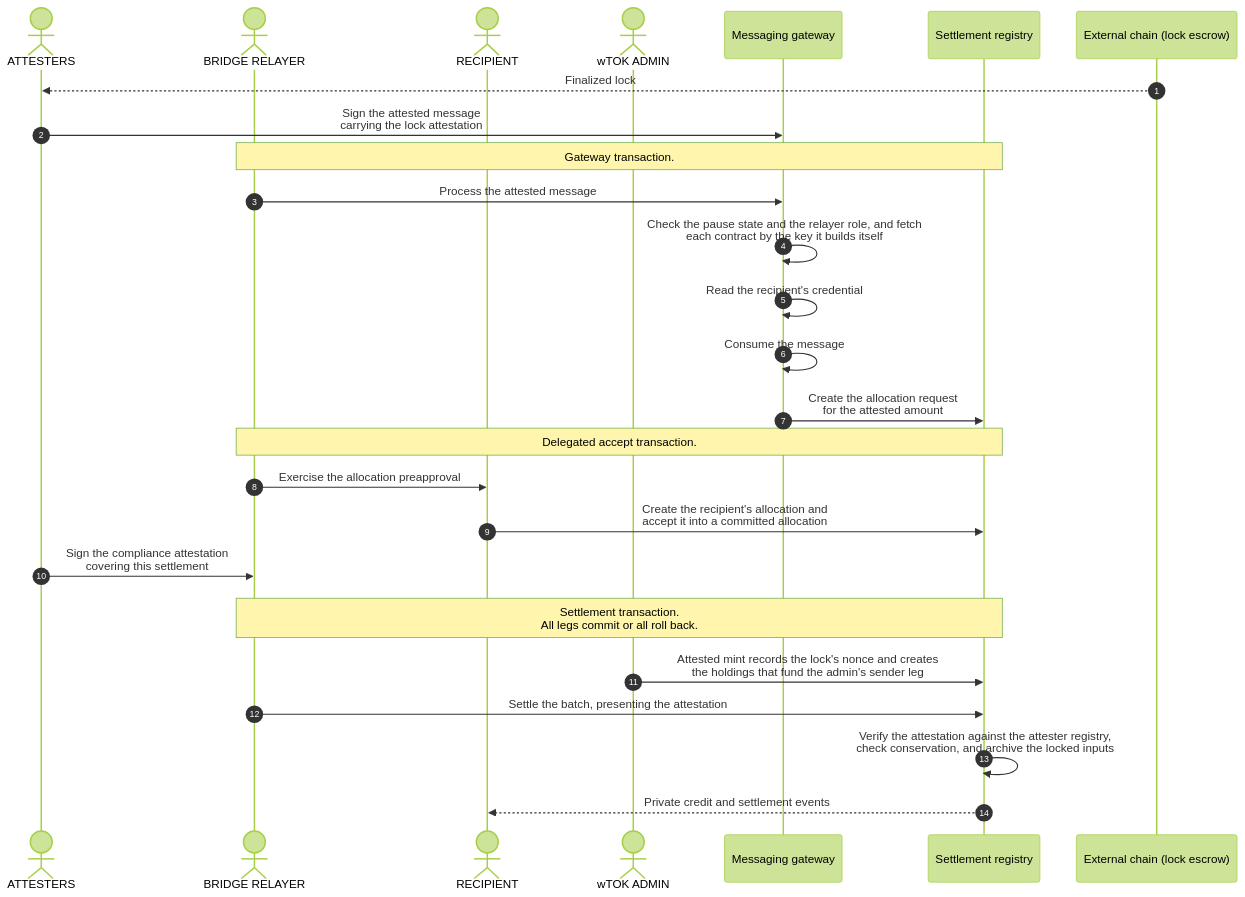
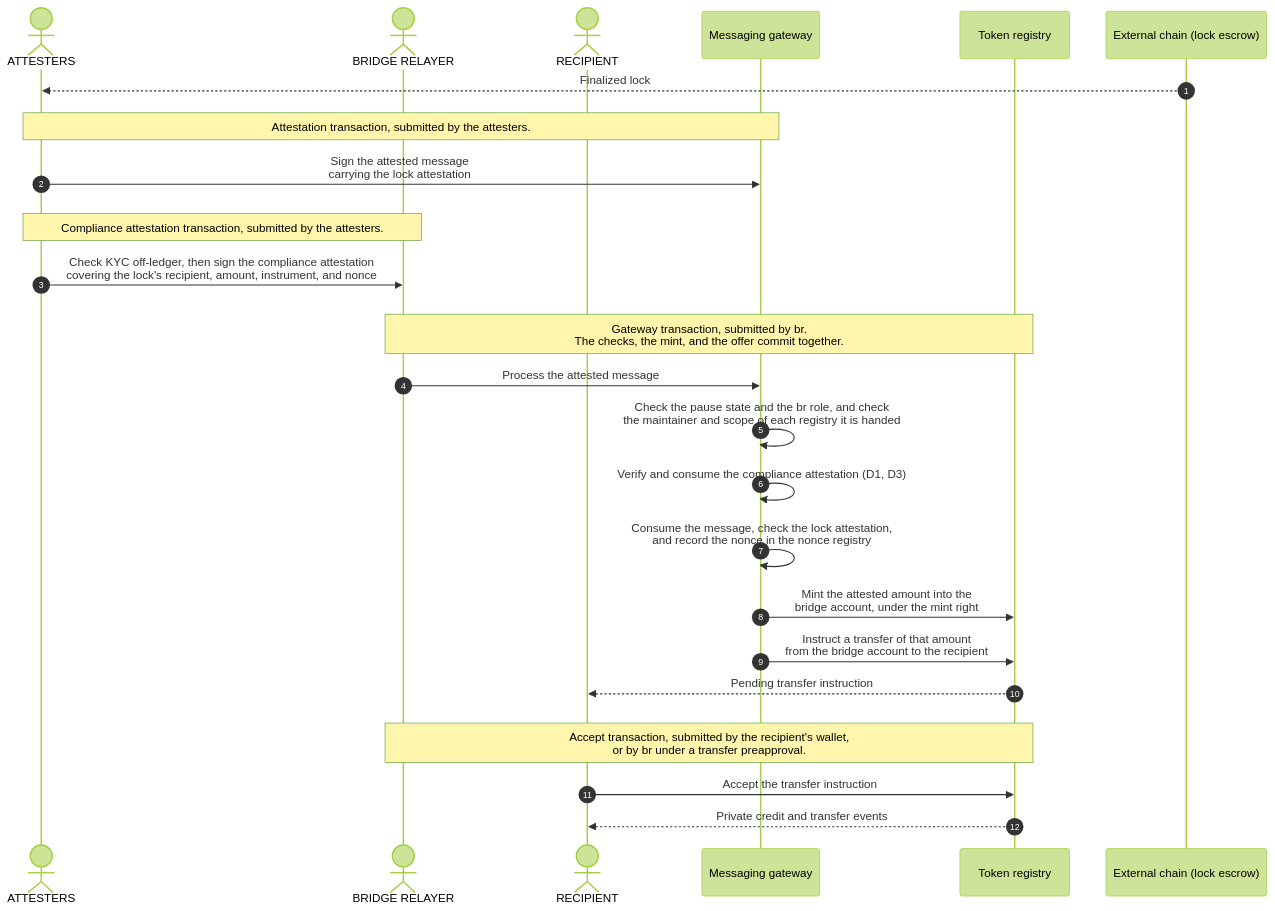
Before and after one commit to OpenZeppelin/canton-specs: the first of 3 diagrams in docs/reference-architectures/cross-chain-stablecoin.md, drawn with Mermaid (forest theme). The commit also changed other lines of this file and 39 other files, not shown here.

````diff
--- a/docs/reference-architectures/cross-chain-stablecoin.md
+++ b/docs/reference-architectures/cross-chain-stablecoin.md
@@ -311,31 +301,35 @@
 ```mermaid
 sequenceDiagram
     autonumber
     actor Attesters as ATTESTERS
     actor Relayer as BRIDGE RELAYER
     actor Recipient as RECIPIENT
-    actor Admin as wTOK ADMIN
     participant App as Messaging gateway
-    participant Registry as Settlement registry
+    participant Registry as Token registry
     participant Chain as External chain (lock escrow)
 
     Chain-->>Attesters: Finalized lock
-    Attesters->>App: Sign the attested message<br/>carrying the lock attestation
-    Note over Relayer,Registry: Gateway transaction.
-    Relayer->>App: Process the attested message
-    App->>App: Check the pause state and the relayer role, and fetch<br/>each contract by the key it builds itself
-    App->>App: Read the recipient's credential
-    App->>App: Consume the message
-    App->>Registry: Create the allocation request<br/>for the attested amount
-    Note over Relayer,Registry: Delegated accept transaction.
-    Relayer->>Recipient: Exercise the allocation preapproval
-    Recipient->>Registry: Create the recipient's allocation and<br/>accept it into a committed allocation
-    Attesters->>Relayer: Sign the compliance attestation<br/>covering this settlement
     rect rgba(255, 255, 255, .1)
-        Note over Relayer,Registry: Settlement transaction.<br/>All legs commit or all roll back.
-        Admin->>Registry: Attested mint records the lock's nonce and creates<br/>the holdings that fund the admin's sender leg
-        Relayer->>Registry: Settle the batch, presenting the attestation
-        Registry->>Registry: Verify the attestation against the attester registry,<br/>check conservation, and archive the locked inputs
-        Registry-->>Recipient: Private credit and settlement events
+        Note over Attesters,App: Attestation transaction, submitted by the attesters.
+        Attesters->>App: Sign the attested message<br/>carrying the lock attestation
+    end
+    rect rgba(255, 255, 255, .1)
+        Note over Attesters,Relayer: Compliance attestation transaction, submitted by the attesters.
+        Attesters->>Relayer: Check KYC off-ledger, then sign the compliance attestation<br/>covering the lock's recipient, amount, instrument, and nonce
+    end
+    rect rgba(255, 255, 255, .1)
+        Note over Relayer,Registry: Gateway transaction, submitted by br.<br/>The checks, the mint, and the offer commit together.
+        Relayer->>App: Process the attested message
+        App->>App: Check the pause state and the br role, and check<br/>the maintainer and scope of each registry it is handed
+        App->>App: Verify and consume the compliance attestation (D1, D3)
+        App->>App: Consume the message, check the lock attestation,<br/>and record the nonce in the nonce registry
+        App->>Registry: Mint the attested amount into the<br/>bridge account, under the mint right
+        App->>Registry: Instruct a transfer of that amount<br/>from the bridge account to the recipient
+        Registry-->>Recipient: Pending transfer instruction
+    end
+    rect rgba(255, 255, 255, .1)
+        Note over Relayer,Registry: Accept transaction, submitted by the recipient's wallet,<br/>or by br under a transfer preapproval.
+        Recipient->>Registry: Accept the transfer instruction
+        Registry-->>Recipient: Private credit and transfer events
     end
 ```
````
